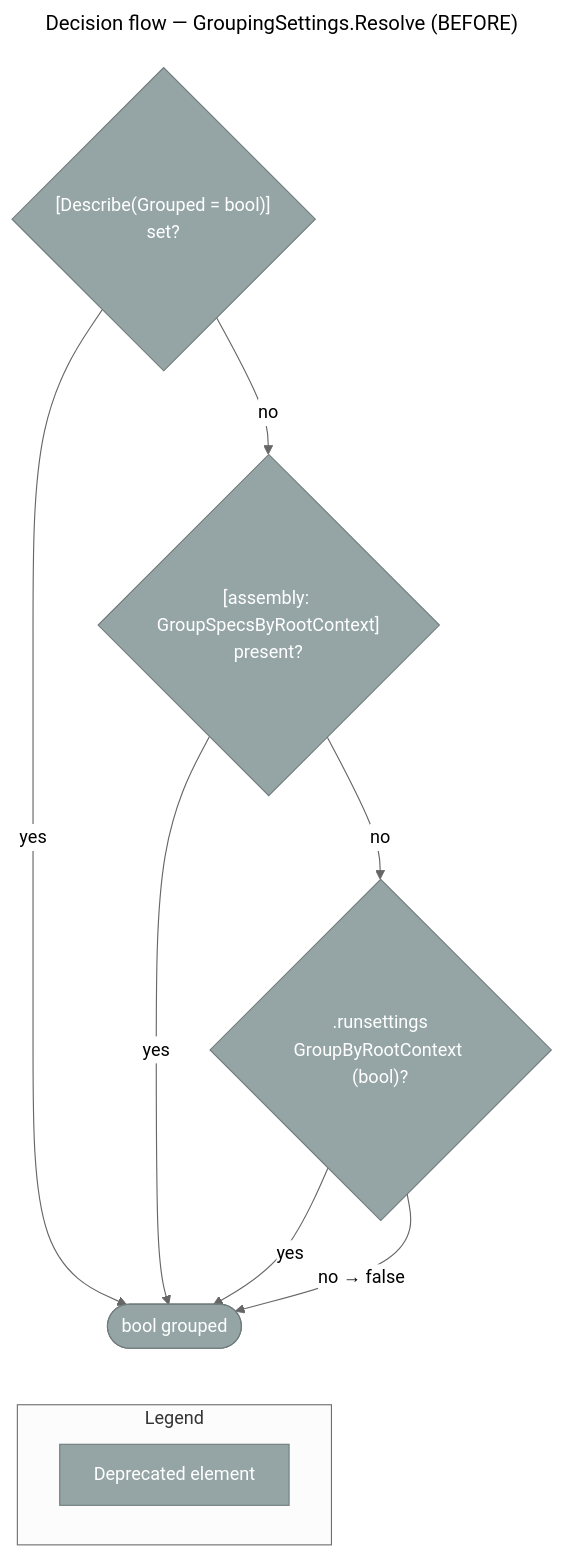
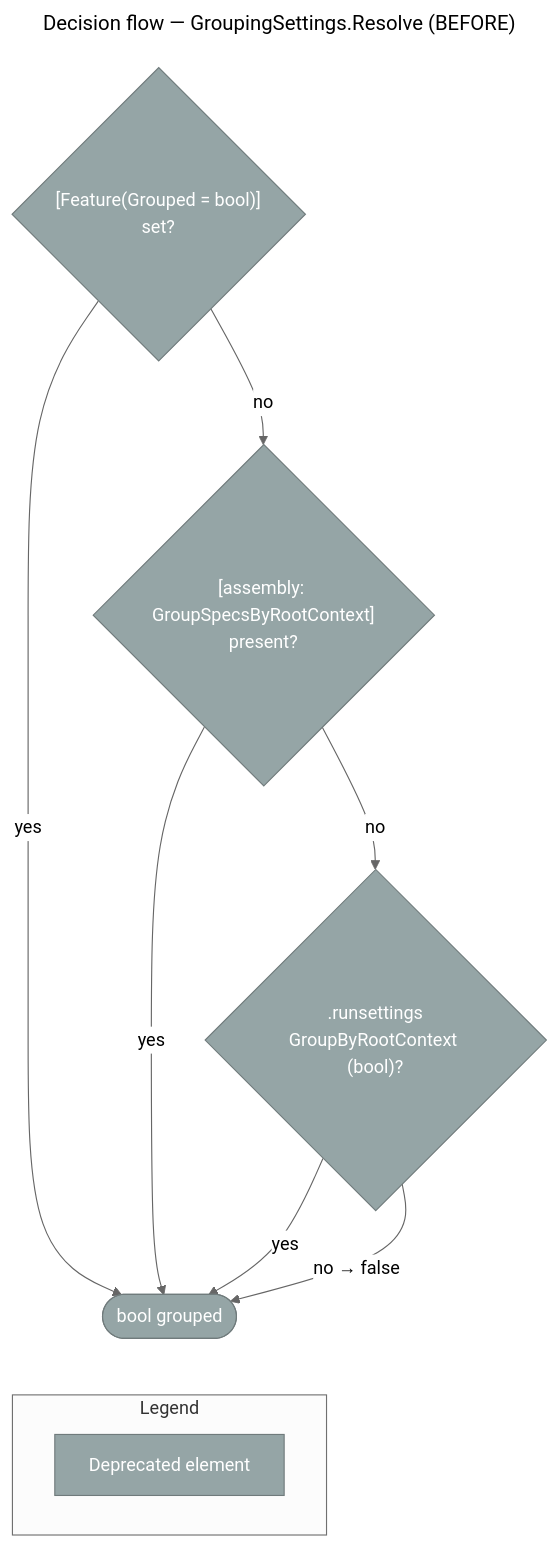
One commit to yozepi/Specs changed diagram 12 of 33 in memory-bank/systemPatterns.md. Above: the diagram before and after it, drawn with Mermaid. The commit also changed other lines of this file and 97 other files, not shown here.

````diff
--- a/memory-bank/systemPatterns.md
+++ b/memory-bank/systemPatterns.md
@@ -532,25 +532,25 @@
 ```mermaid
 ---
 title: "Decision flow — GroupingSettings.Resolve (BEFORE)"
 ---
 %%{init: {'theme': 'neutral'}}%%
 flowchart TD
-    A{"[Describe(Grouped = bool)]<br/>set?"}:::deprecated
+    A{"[Feature(Grouped = bool)]<br/>set?"}:::deprecated
     B{"[assembly: GroupSpecsByRootContext]<br/>present?"}:::deprecated
     C{".runsettings<br/>GroupByRootContext (bool)?"}:::deprecated
     R(["bool grouped"]):::deprecated
 
     A -->|"no"| B
     B -->|"no"| C
     A & B & C -->|"yes"| R
     C -->|"no → false"| R
 
     subgraph LEGEND["Legend"]
         direction LR
         L1["Deprecated element"]:::deprecated
     end
 
     R ~~~ LEGEND
 
     classDef deprecated fill:#95A5A6,stroke:#707B7C,color:#fff
 ```
````
